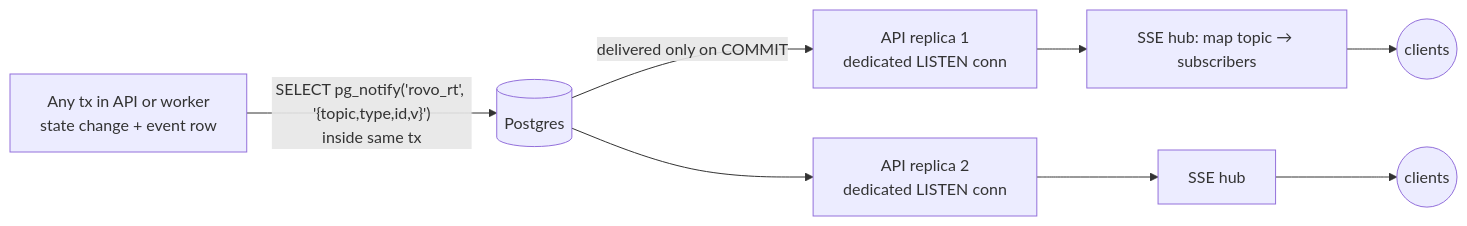
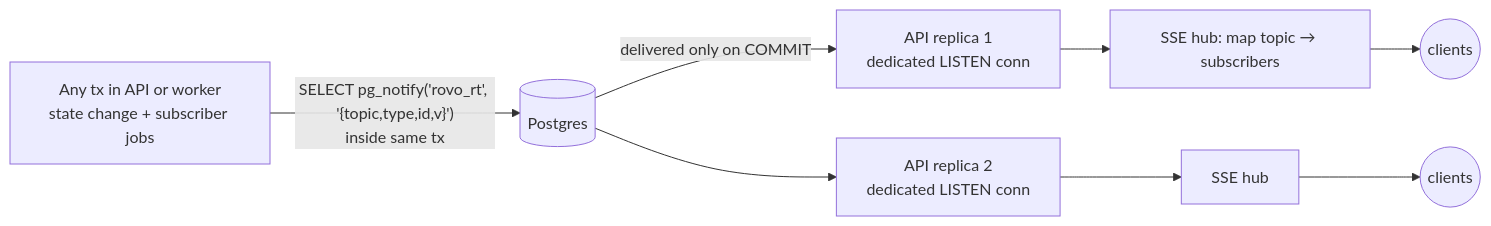
Diagram 11 of 11 in docs/planning/08-system-architecture.md (storetmobiles2-code/rovo), drawn with Mermaid before and after one commit. The commit also changed other lines of this file and 4 other files, not shown here.

````diff
--- a/docs/planning/08-system-architecture.md
+++ b/docs/planning/08-system-architecture.md
@@ -651,8 +653,8 @@
 ```mermaid
 flowchart LR
-    TX[Any tx in API or worker<br/>state change + event row] -->|"SELECT pg_notify('rovo_rt', '{topic,type,id,v}')"<br/>inside same tx| PG[(Postgres)]
+    TX[Any tx in API or worker<br/>state change + subscriber jobs] -->|"SELECT pg_notify('rovo_rt', '{topic,type,id,v}')"<br/>inside same tx| PG[(Postgres)]
     PG -->|delivered only on COMMIT| L1[API replica 1<br/>dedicated LISTEN conn]
     PG --> L2[API replica 2<br/>dedicated LISTEN conn]
     L1 --> HUB1[SSE hub: map topic → subscribers] --> Clients1((clients))
     L2 --> HUB2[SSE hub] --> Clients2((clients))
 ```
````
